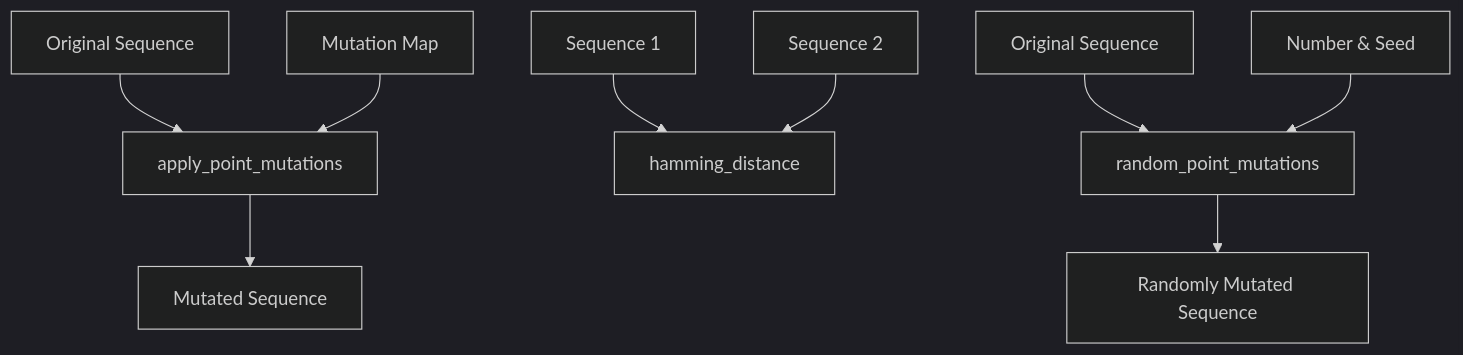
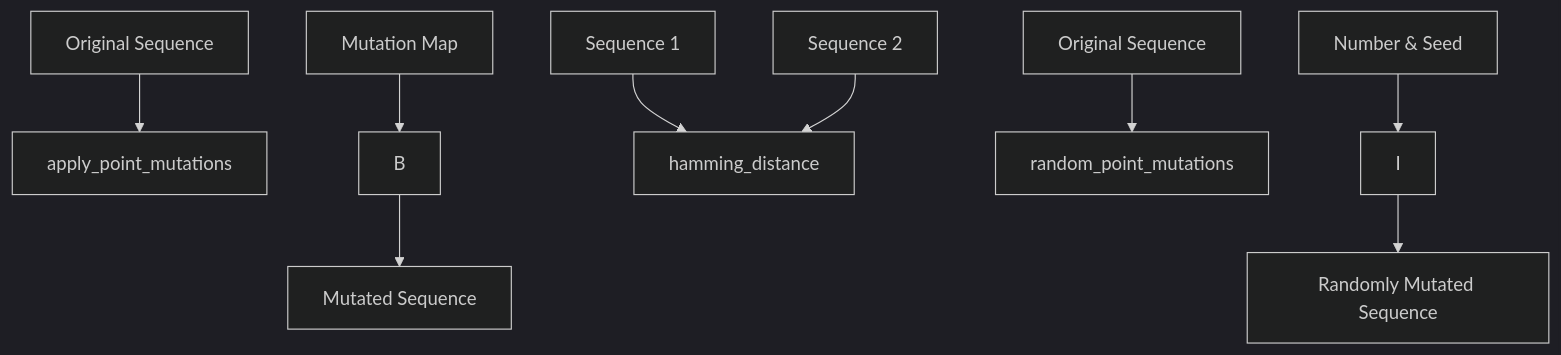
One commit to docxology/MetaInformAnt changed the diagram in docs/dna/mutations.md. Above: the diagram before and after it, drawn with Mermaid (dark theme). The commit also changed 611 other files, not shown here.

````diff
--- a/docs/dna/mutations.md
+++ b/docs/dna/mutations.md
@@ -5,12 +5,12 @@
 ```mermaid
 flowchart TD
-  A[Original Sequence] --> B[apply_point_mutations]
-  C[Mutation Map] --> B
-  B --> D[Mutated Sequence]
+  AoriginalSequence[Original Sequence] --> BapplyPointMutations[apply_point_mutations]
+  CmutationMap[Mutation Map] --> B
+  B --> DmutatedSequence[Mutated Sequence]
   
-  E[Sequence 1] & F[Sequence 2] --> G[hamming_distance]
+  Esequence1[Sequence 1] & Fsequence2[Sequence 2] --> GhammingDistance[hamming_distance]
   
-  H[Original Sequence] --> I[random_point_mutations]
-  J[Number & Seed] --> I
-  I --> K[Randomly Mutated Sequence]
+  HoriginalSequence[Original Sequence] --> IrandomPointMutations[random_point_mutations]
+  Jnumber&Seed[Number & Seed] --> I
+  I --> KrandomlyMutatedSequence[Randomly Mutated Sequence]
 ```
````
